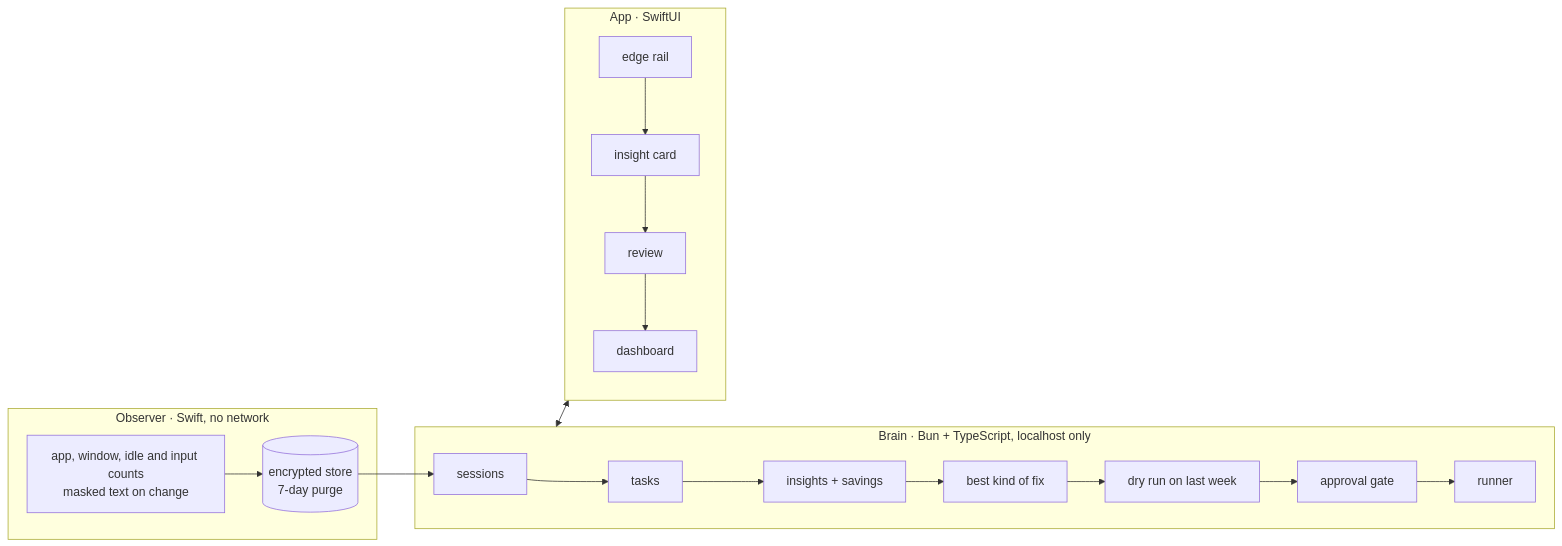
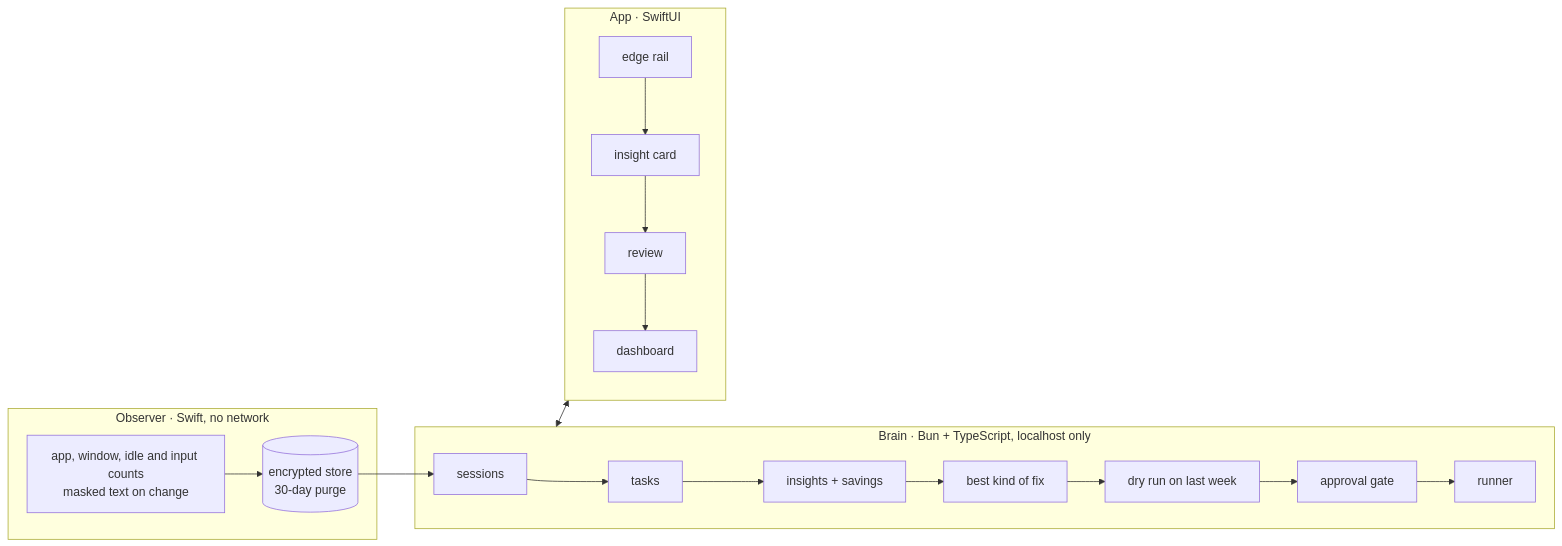
Before and after one commit to tabani-png/offload: the diagram in README.md, drawn with Mermaid. The commit also changed other lines of this file and 77 other files, not shown here.

````diff
--- a/README.md
+++ b/README.md
@@ -80,14 +80,14 @@
 ```mermaid
 flowchart LR
   subgraph engine[Observer · Swift, no network]
-    OBS[app, window, idle and input counts<br/>masked text on change] --> ST[(encrypted store<br/>7-day purge)]
+    OBS[app, window, idle and input counts<br/>masked text on change] --> ST[(encrypted store<br/>30-day purge)]
   end
   subgraph brain[Brain · Bun + TypeScript, localhost only]
     ST --> SES[sessions] --> GRP[tasks] --> RANK[insights + savings]
     RANK --> FIX[best kind of fix] --> DRY[dry run on last week] --> GATE[approval gate] --> RUN[runner]
   end
   subgraph app[App · SwiftUI]
     RAIL[edge rail] --> CARD[insight card] --> REV[review] --> DASH[dashboard]
   end
   brain <--> app
 ```
````
